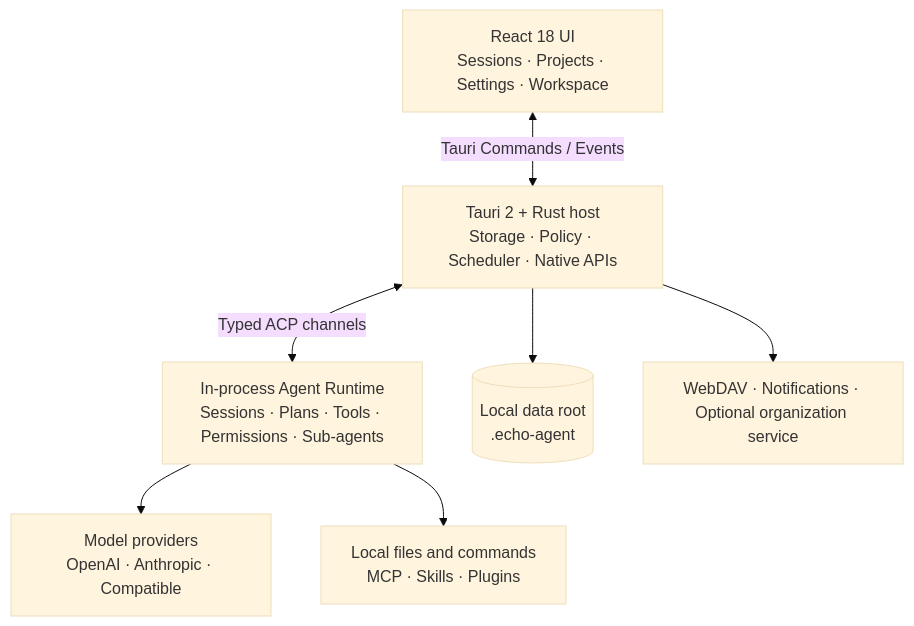
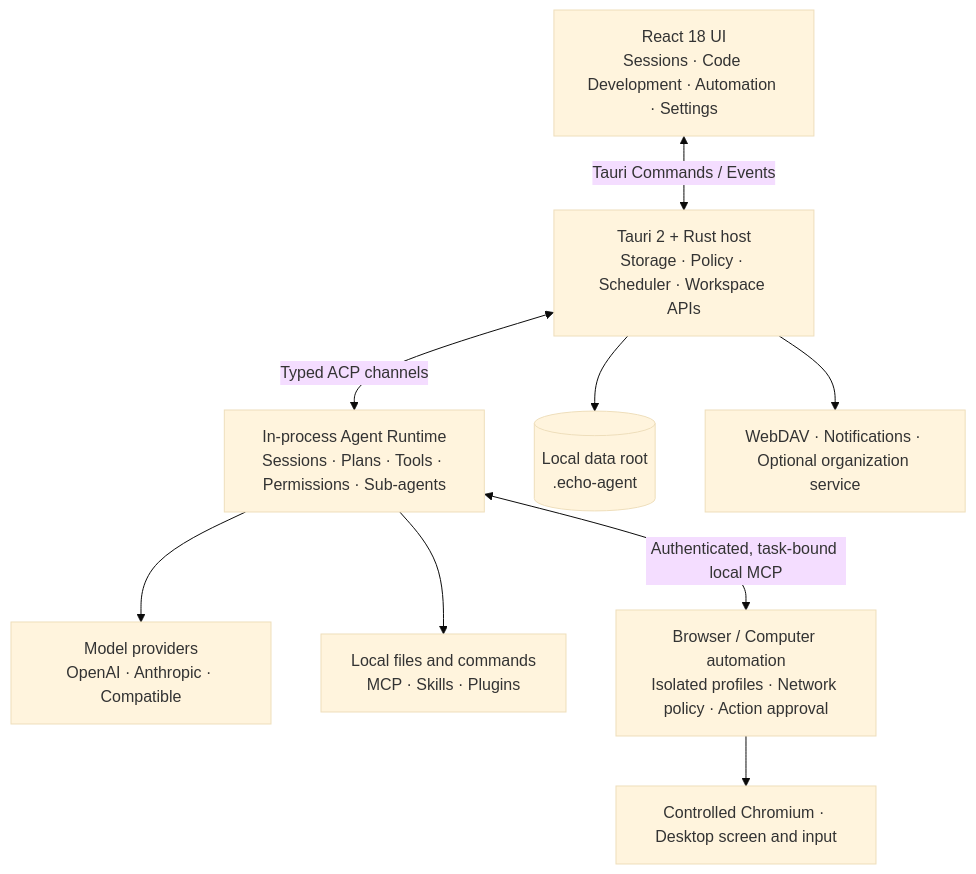
One commit to fuyuxiang/echo-agent-desktop changed the diagram in README.en.md. Above: the diagram before and after it, drawn with Mermaid (base theme). The commit also changed other lines of this file and 1 other file, not shown here.

````diff
--- a/README.en.md
+++ b/README.en.md
@@ -142,9 +173,11 @@
 ```mermaid
 flowchart TB
-    UI[React 18 UI<br/>Sessions · Projects · Settings · Workspace] <-->|Tauri Commands / Events| HOST[Tauri 2 + Rust host<br/>Storage · Policy · Scheduler · Native APIs]
+    UI[React 18 UI<br/>Sessions · Code Development · Automation · Settings] <-->|Tauri Commands / Events| HOST[Tauri 2 + Rust host<br/>Storage · Policy · Scheduler · Workspace APIs]
     HOST <-->|Typed ACP channels| RUNTIME[In-process Agent Runtime<br/>Sessions · Plans · Tools · Permissions · Sub-agents]
     RUNTIME --> MODELS[Model providers<br/>OpenAI · Anthropic · Compatible]
     RUNTIME --> TOOLS[Local files and commands<br/>MCP · Skills · Plugins]
+    RUNTIME <-->|Authenticated, task-bound local MCP| AUTO[Browser / Computer automation<br/>Isolated profiles · Network policy · Action approval]
+    AUTO --> SURFACE[Controlled Chromium · Desktop screen and input]
     HOST --> DATA[(Local data root<br/>.echo-agent)]
     HOST --> EXT[WebDAV · Notifications · Optional organization service]
 ```
````
